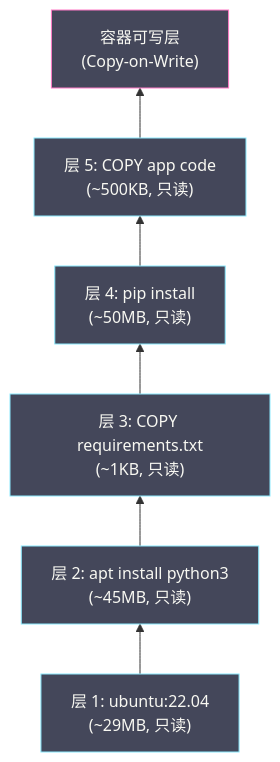
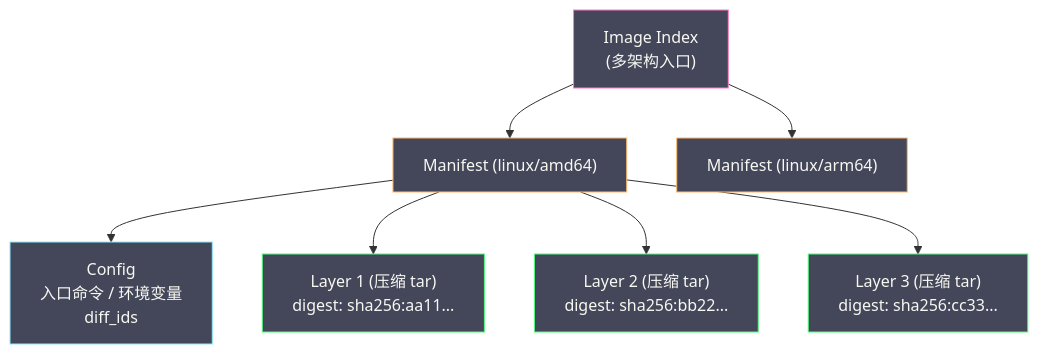
The second of 3 diagrams in content/云原生/Docker/04 UnionFS 与容器镜像原理.md (hpliStartAgain/my-brain), drawn with Mermaid before and after one commit. The commit also changed other lines of this file and 47 other files, not shown here.

````diff
--- a/content/云原生/Docker/04 UnionFS 与容器镜像原理.md
+++ b/content/云原生/Docker/04 UnionFS 与容器镜像原理.md
@@ -190,22 +223,28 @@
 ```mermaid
 %%{init: {'theme': 'dracula'}}%%
-graph BT
-    L1["层 1: ubuntu:22.04</br>(~29MB, 只读)"]
-    L2["层 2: apt install python3</br>(~45MB, 只读)"]
-    L3["层 3: COPY requirements.txt</br>(~1KB, 只读)"]
-    L4["层 4: pip install</br>(~50MB, 只读)"]
-    L5["层 5: COPY app code</br>(~500KB, 只读)"]
-    RW["容器可写层</br>(Copy-on-Write)"]
+graph TD
+    IDX["Image Index<br>(多架构入口)"]
+    M1["Manifest (linux/amd64)"]
+    M2["Manifest (linux/arm64)"]
+    C1["Config<br>入口命令 / 环境变量<br>diff_ids"]
+    L1["Layer 1 (压缩 tar)<br>digest: sha256:aa11..."]
+    L2["Layer 2 (压缩 tar)<br>digest: sha256:bb22..."]
+    L3["Layer 3 (压缩 tar)<br>digest: sha256:cc33..."]
 
-    L1 --> L2
-    L2 --> L3
-    L3 --> L4
-    L4 --> L5
-    L5 --> RW
+    IDX --> M1
+    IDX --> M2
+    M1 --> C1
+    M1 --> L1
+    M1 --> L2
+    M1 --> L3
 
-    classDef readonly fill:#44475a,stroke:#8be9fd,color:#f8f8f2
-    classDef writable fill:#44475a,stroke:#ff79c6,color:#f8f8f2
+    classDef idx fill:#44475a,stroke:#ff79c6,color:#f8f8f2
+    classDef manifest fill:#44475a,stroke:#ffb86c,color:#f8f8f2
+    classDef config fill:#44475a,stroke:#8be9fd,color:#f8f8f2
+    classDef layer fill:#44475a,stroke:#50fa7b,color:#f8f8f2
 
-    class L1,L2,L3,L4,L5 readonly
-    class RW writable
+    class IDX idx
+    class M1,M2 manifest
+    class C1 config
+    class L1,L2,L3 layer
 ```
````
